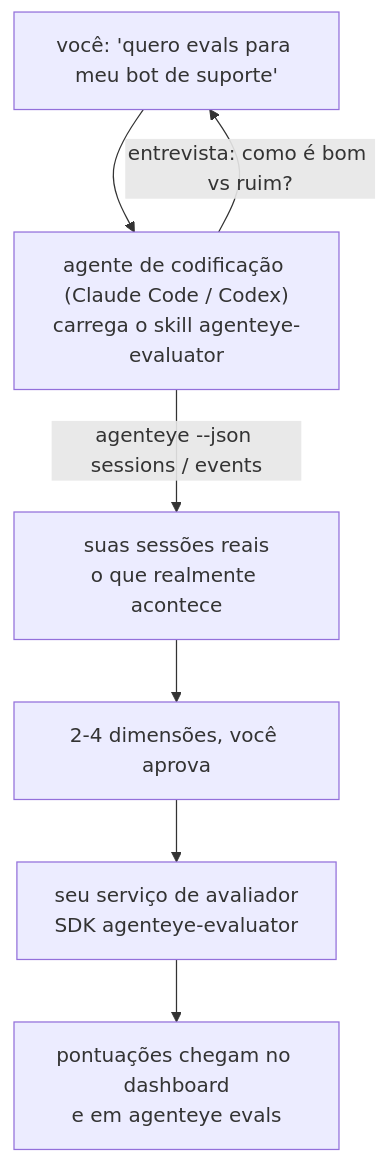
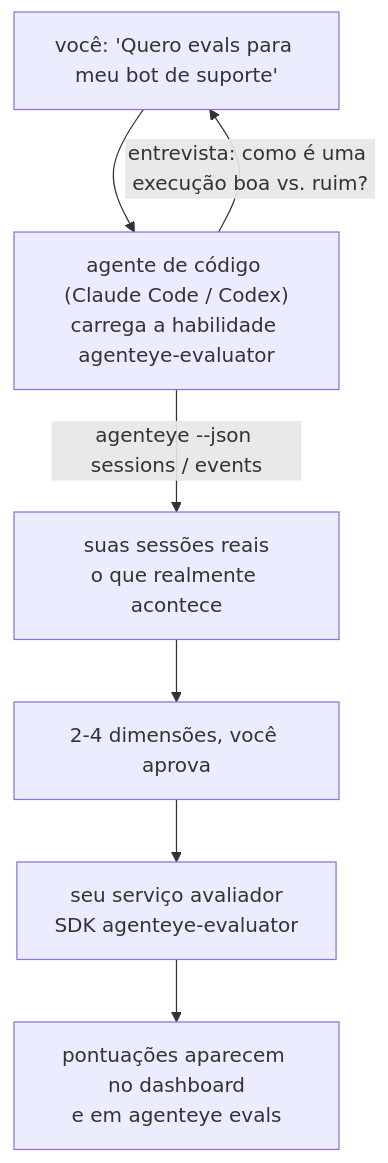
The diagram in docs/pt-br/agenteye/evaluator-skill.mdx (FailproofAI/failproofai), drawn with Mermaid before and after one commit. The commit also changed other lines of this file and 654 other files, not shown here.

````diff
--- a/docs/pt-br/agenteye/evaluator-skill.mdx
+++ b/docs/pt-br/agenteye/evaluator-skill.mdx
@@ -21,9 +21,9 @@
 ```mermaid
 flowchart TD
-    YOU["você: 'quero evals para meu bot de suporte'"] --> AGENT["agente de codificação (Claude Code / Codex)<br/>carrega o skill agenteye-evaluator"]
-    AGENT -->|"entrevista: como é bom vs ruim?"| YOU
+    YOU["você: 'Quero evals para meu bot de suporte'"] --> AGENT["agente de código (Claude Code / Codex)<br/>carrega a habilidade agenteye-evaluator"]
+    AGENT -->|"entrevista: como é uma execução boa vs. ruim?"| YOU
     AGENT -->|"agenteye --json sessions / events"| DATA["suas sessões reais<br/>o que realmente acontece"]
     DATA --> DIMS["2-4 dimensões, você aprova"]
-    DIMS --> SVC["seu serviço de avaliador<br/>SDK agenteye-evaluator"]
-    SVC --> SCORES["pontuações chegam no dashboard<br/>e em agenteye evals"]
+    DIMS --> SVC["seu serviço avaliador<br/>SDK agenteye-evaluator"]
+    SVC --> SCORES["pontuações aparecem no dashboard<br/>e em agenteye evals"]
 ```
````
